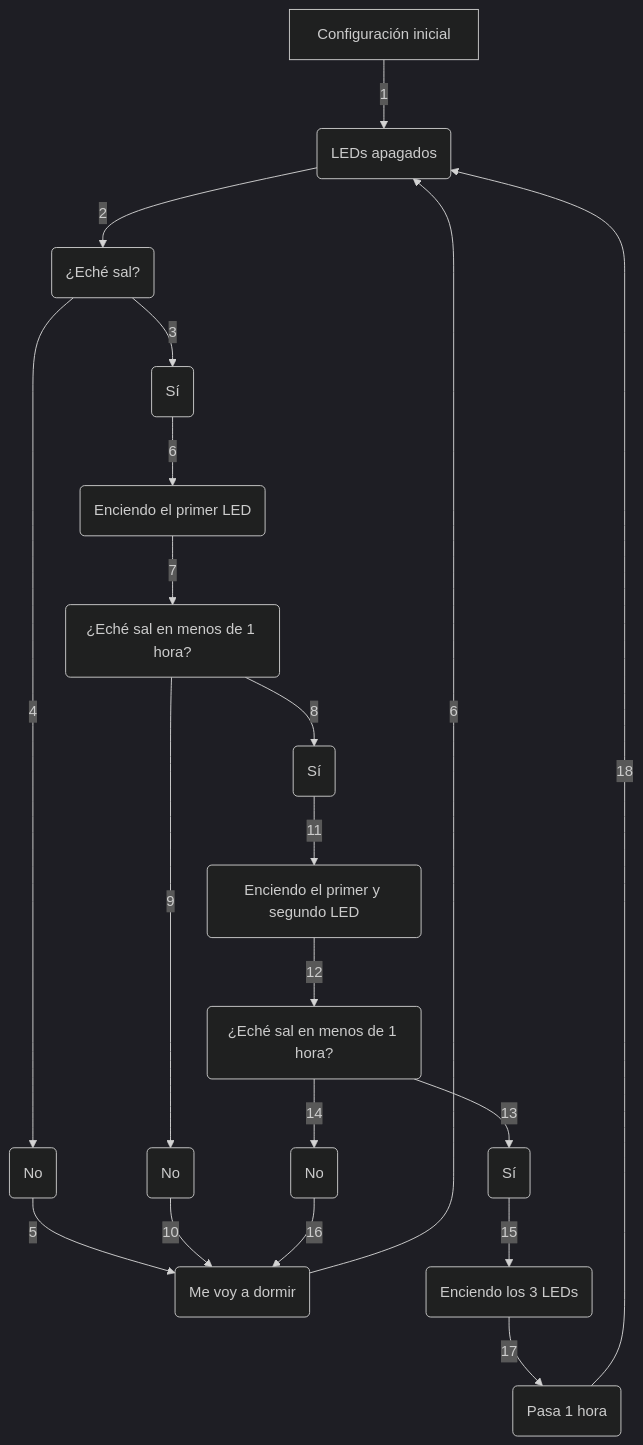
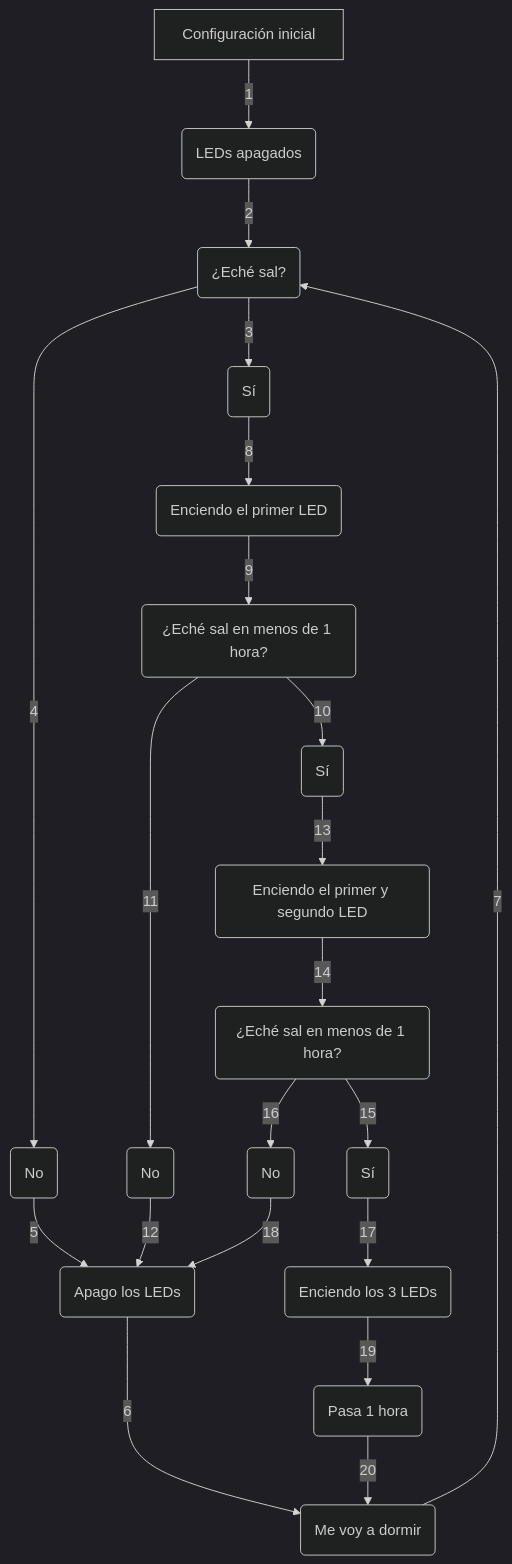
Before and after one commit to MediaLabUniovi/Salero-MdN: the diagram in README.md, drawn with Mermaid (dark theme).

````diff
--- a/README.md
+++ b/README.md
@@ -73,23 +73,24 @@
 ```mermaid
 graph TD;
   A[Configuración inicial] -->|1| B(LEDs apagados)
   B -->|2| C(¿Eché sal?)
   C -->|3| D(Sí)
   C -->|4| E(No)
-  E -->|5| G(Me voy a dormir)
-  G -->|6| B
-  D -->|6| H(Enciendo el primer LED)
-  H -->|7| I(¿Eché sal en menos de 1 hora?)
-  I -->|8| J(Sí)
-  I -->|9| K(No)
-  K -->|10| G
-  J -->|11| L(Enciendo el primer y segundo LED)
-  L -->|12| M(¿Eché sal en menos de 1 hora?)
-  M -->|13| N(Sí)
-  M -->|14| O(No)
-  N -->|15| P(Enciendo los 3 LEDs)
-  O -->|16| G
-  P -->|17| R(Pasa 1 hora)
-  R -->|18| B
+  E -->|5| G(Apago los LEDs)
+  G -->|6| S(Me voy a dormir)
+  S -->|7| C
+  D -->|8| H(Enciendo el primer LED)
+  H -->|9| I(¿Eché sal en menos de 1 hora?)
+  I -->|10| J(Sí)
+  I -->|11| K(No)
+  K -->|12| G
+  J -->|13| L(Enciendo el primer y segundo LED)
+  L -->|14| M(¿Eché sal en menos de 1 hora?)
+  M -->|15| N(Sí)
+  M -->|16| O(No)
+  N -->|17| P(Enciendo los 3 LEDs)
+  O -->|18| G
+  P -->|19| R(Pasa 1 hora)
+  R -->|20| S
   
 ```
````
